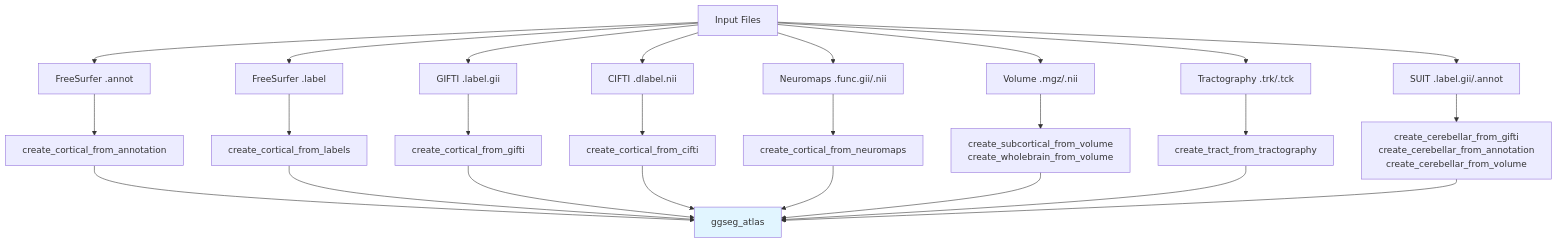
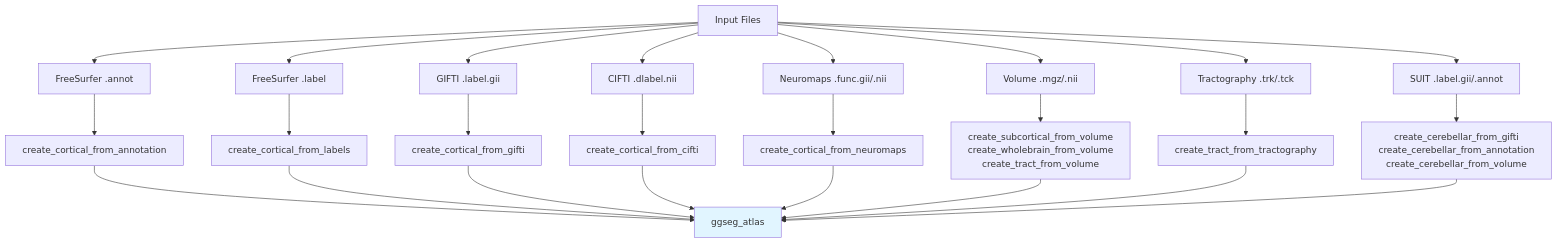
Before and after one commit to ggsegverse/ggseg.extra: the first of 6 diagrams in vignettes/atlas-workflows.qmd, drawn with Mermaid. The commit also changed other lines of this file and 3 other files, not shown here.

First line of the commit message:
docs: make atlas-workflows its diagrams, and make the diagrams true (#310)

````diff
--- a/vignettes/atlas-workflows.qmd
+++ b/vignettes/atlas-workflows.qmd
@@ -25,35 +19,35 @@
 ```{mermaid}
 %%| label: fig-input-formats
 %%| fig-width: 8
 %%| fig-cap: "All atlas creation pathways in ggseg.extra"
-%%| fig-alt: "Flowchart showing seven input file types (FreeSurfer .annot, FreeSurfer .label, GIFTI .label.gii, CIFTI .dlabel.nii, Neuromaps .func.gii/.nii, Volume .mgz/.nii, and Tractography .trk/.tck) flowing through their respective creation functions to produce a unified ggseg_atlas output object"
+%%| fig-alt: "Flowchart showing eight input file types (FreeSurfer .annot, FreeSurfer .label, GIFTI .label.gii, CIFTI .dlabel.nii, Neuromaps .func.gii/.nii, Volume .mgz/.nii, Tractography .trk/.tck, and SUIT .label.gii/.annot) flowing through their respective creation functions to produce a unified ggseg_atlas output object"
 flowchart TB
     A[Input Files] --> B[FreeSurfer .annot]
     A --> C[FreeSurfer .label]
     A --> D[GIFTI .label.gii]
     A --> E[CIFTI .dlabel.nii]
     A --> F[Neuromaps .func.gii/.nii]
     A --> G[Volume .mgz/.nii]
     A --> H[Tractography .trk/.tck]
     A --> J[SUIT .label.gii/.annot]
 
     B --> B1[create_cortical_from_annotation]
     C --> C1[create_cortical_from_labels]
     D --> D1[create_cortical_from_gifti]
     E --> E1[create_cortical_from_cifti]
     F --> F1[create_cortical_from_neuromaps]
-    G --> G1[create_subcortical_from_volume<br/>create_wholebrain_from_volume]
+    G --> G1[create_subcortical_from_volume<br/>create_wholebrain_from_volume<br/>create_tract_from_volume]
     H --> H1[create_tract_from_tractography]
     J --> J1[create_cerebellar_from_gifti<br/>create_cerebellar_from_annotation<br/>create_cerebellar_from_volume]
 
     B1 --> I[ggseg_atlas]
     C1 --> I
     D1 --> I
     E1 --> I
     F1 --> I
     G1 --> I
     H1 --> I
     J1 --> I
 
     style I fill:#e1f5ff
 ```
````
